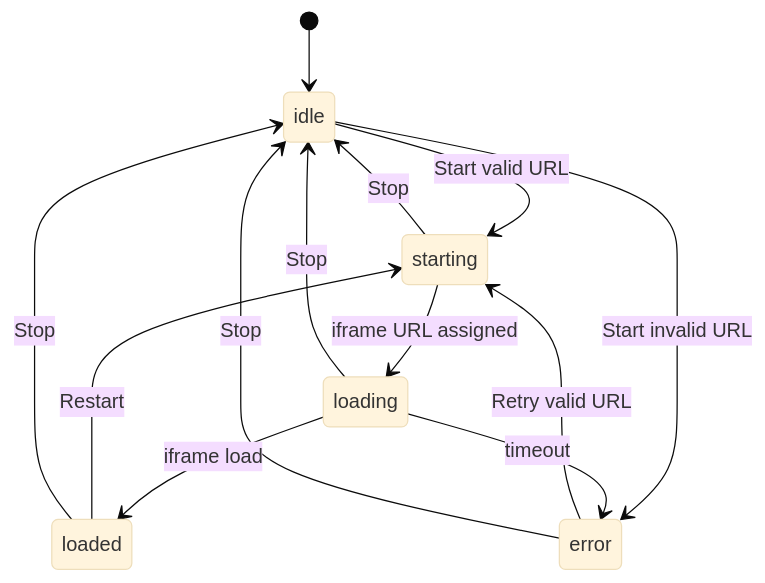
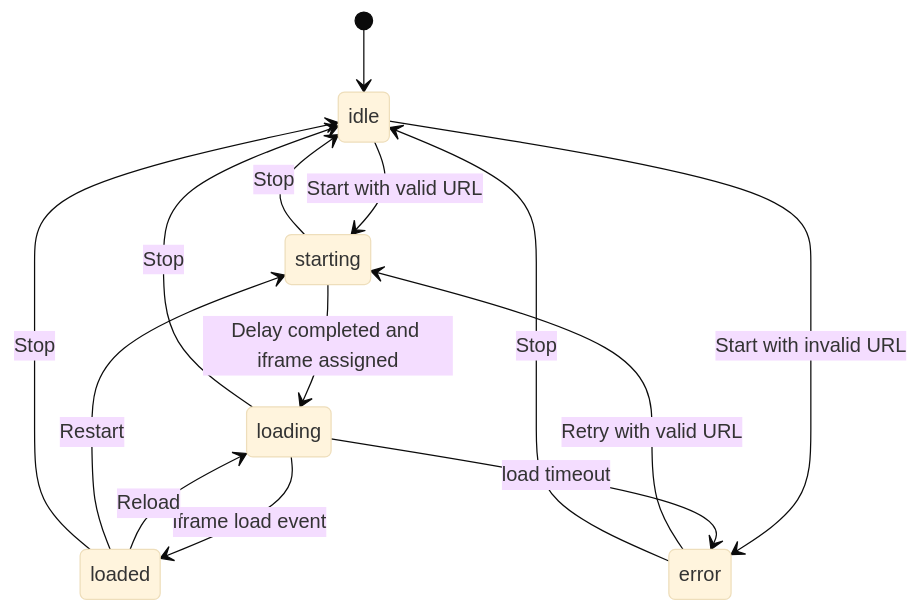
Before and after one commit to rgalor-ca/openspeedtest-ftap-poc: the fourth of 10 diagrams in docs/DOCUMENTATION.md, drawn with Mermaid (base theme). The commit also changed other lines of this file and 5 other files, not shown here.

````diff
--- a/docs/DOCUMENTATION.md
+++ b/docs/DOCUMENTATION.md
@@ -253,15 +136,16 @@
 ```mermaid
 stateDiagram-v2
   [*] --> idle
-  idle --> starting: Start valid URL
-  idle --> error: Start invalid URL
-  starting --> loading: iframe URL assigned
+  idle --> starting: Start with valid URL
+  idle --> error: Start with invalid URL
+  starting --> loading: Delay completed and iframe assigned
   starting --> idle: Stop
-  loading --> loaded: iframe load
-  loading --> error: timeout
+  loading --> loaded: iframe load event
+  loading --> error: load timeout
   loading --> idle: Stop
+  loaded --> loading: Reload
   loaded --> starting: Restart
   loaded --> idle: Stop
-  error --> starting: Retry valid URL
+  error --> starting: Retry with valid URL
   error --> idle: Stop
 ```
````
